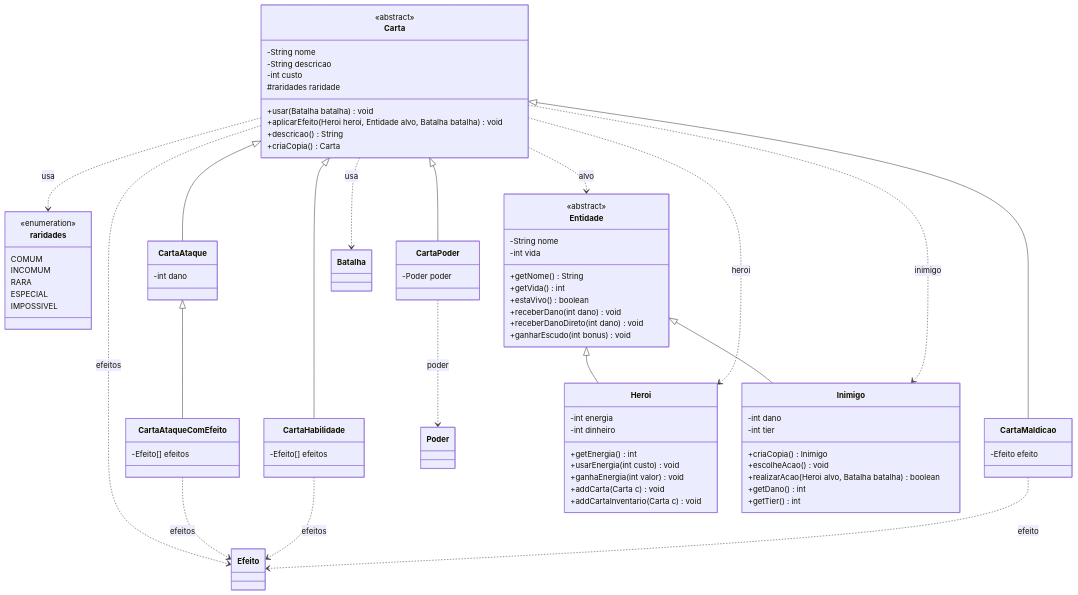
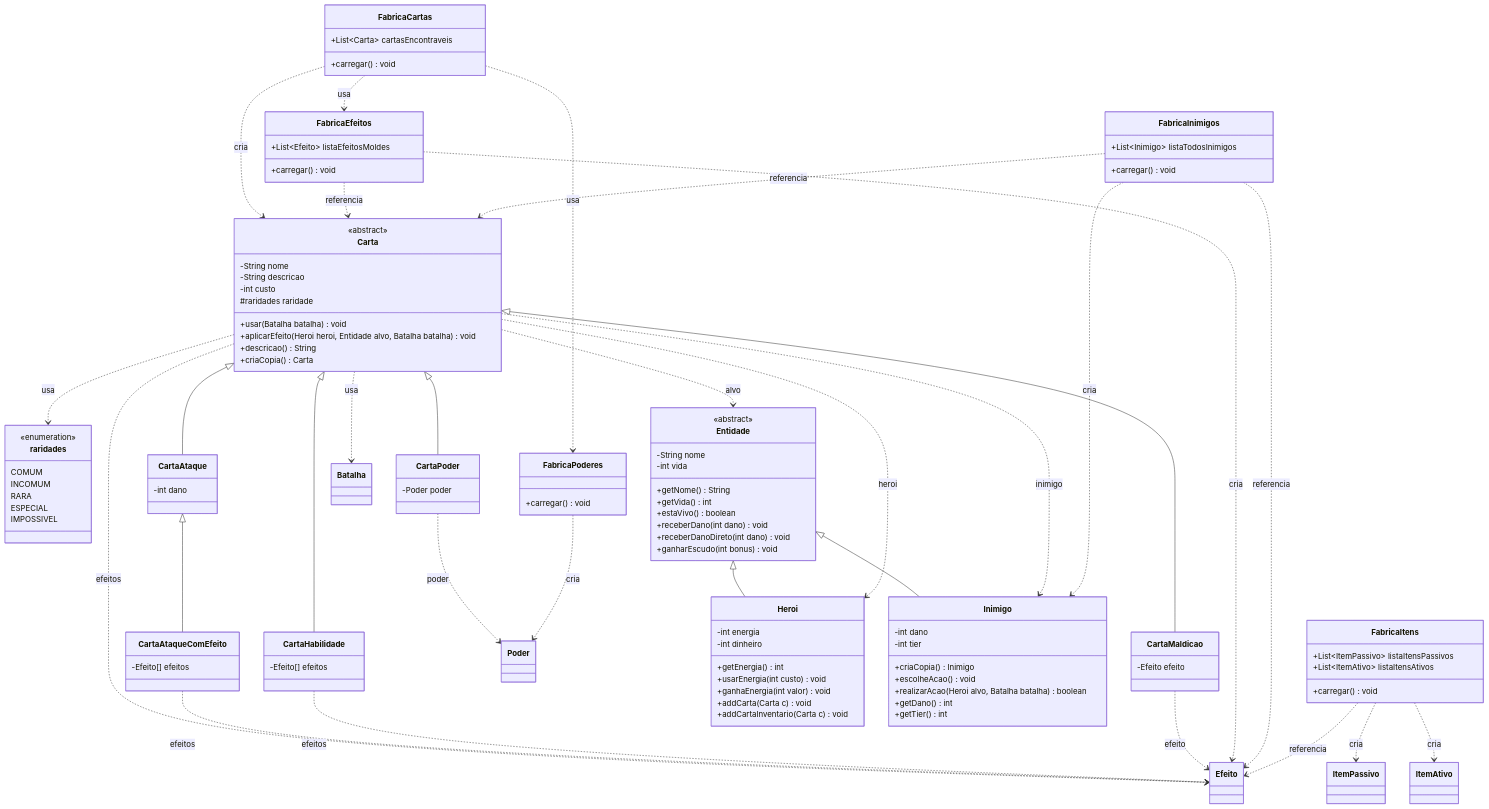
The diagram in docs/diagrama.mmd (ace0miguel/tarefas-poo), drawn with Mermaid before and after one commit. The commit also changed 1 other file, not shown here.

```diff
--- a/docs/diagrama.mmd
+++ b/docs/diagrama.mmd
@@ -1,103 +1,147 @@
 classDiagram
 
     class Carta {
         <<abstract>>
         -String nome
         -String descricao
         -int custo
         #raridades raridade
         +usar(Batalha batalha) void
         +aplicarEfeito(Heroi heroi, Entidade alvo, Batalha batalha) void
         +descricao() String
         +criaCopia() Carta
     }
 
     class raridades {
         <<enumeration>>
         COMUM
         INCOMUM
         RARA
         ESPECIAL
         IMPOSSIVEL
     }
 
     class CartaAtaque {
         -int dano
     }
 
     class CartaAtaqueComEfeito {
         -Efeito[] efeitos
     }
 
     class CartaHabilidade {
         -Efeito[] efeitos
     }
 
     class CartaMaldicao {
         -Efeito efeito
     }
 
     class CartaPoder {
         -Poder poder
     }
 
     class Efeito {
     }
 
     class Poder {
     }
 
     class Entidade {
         <<abstract>>
         -String nome
         -int vida
         +getNome() String
         +getVida() int
         +estaVivo() boolean
         +receberDano(int dano) void
         +receberDanoDireto(int dano) void
         +ganharEscudo(int bonus) void
     }
 
     class Heroi {
         -int energia
         -int dinheiro
         +getEnergia() int
         +usarEnergia(int custo) void
         +ganhaEnergia(int valor) void
         +addCarta(Carta c) void
         +addCartaInventario(Carta c) void
     }
 
     class Inimigo {
         -int dano
         -int tier
         +criaCopia() Inimigo
         +escolheAcao() void
         +realizarAcao(Heroi alvo, Batalha batalha) boolean
         +getDano() int
         +getTier() int
     }
 
     class Batalha {
     }
 
+    class FabricaCartas {
+        +List~Carta~ cartasEncontraveis
+        +carregar() void
+    }
+
+    class FabricaEfeitos {
+        +List~Efeito~ listaEfeitosMoldes
+        +carregar() void
+    }
+
+    class FabricaInimigos {
+        +List~Inimigo~ listaTodosInimigos
+        +carregar() void
+    }
+
+    class FabricaItens {
+        +List~ItemPassivo~ listaItensPassivos
+        +List~ItemAtivo~ listaItensAtivos
+        +carregar() void
+    }
+
+    class FabricaPoderes {
+        +carregar() void
+    }
+
+    class ItemAtivo {
+    }
+
+    class ItemPassivo {
+    }
+
     Carta <|-- CartaAtaque
     CartaAtaque <|-- CartaAtaqueComEfeito
     Carta <|-- CartaHabilidade
     Carta <|-- CartaMaldicao
     Carta <|-- CartaPoder
     Entidade <|-- Heroi
     Entidade <|-- Inimigo
 
     Carta ..> raridades : usa
     Carta ..> Efeito : efeitos
     Carta ..> Entidade : alvo
     Carta ..> Heroi : heroi
     Carta ..> Inimigo : inimigo
     Carta ..> Batalha : usa
 
     CartaAtaqueComEfeito ..> Efeito : efeitos
     CartaHabilidade ..> Efeito : efeitos
     CartaMaldicao ..> Efeito : efeito
     CartaPoder ..> Poder : poder
+
+    FabricaCartas ..> Carta : cria
+    FabricaCartas ..> FabricaEfeitos : usa
+    FabricaCartas ..> FabricaPoderes : usa
+    FabricaEfeitos ..> Efeito : cria
+    FabricaEfeitos ..> Carta : referencia
+    FabricaInimigos ..> Inimigo : cria
+    FabricaInimigos ..> Carta : referencia
+    FabricaInimigos ..> Efeito : referencia
+    FabricaItens ..> ItemPassivo : cria
+    FabricaItens ..> ItemAtivo : cria
+    FabricaItens ..> Efeito : referencia
+    FabricaPoderes ..> Poder : cria
```
